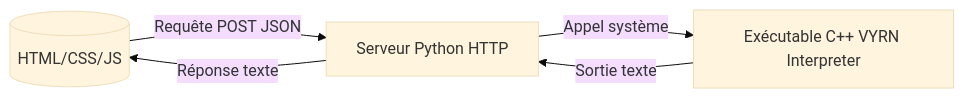
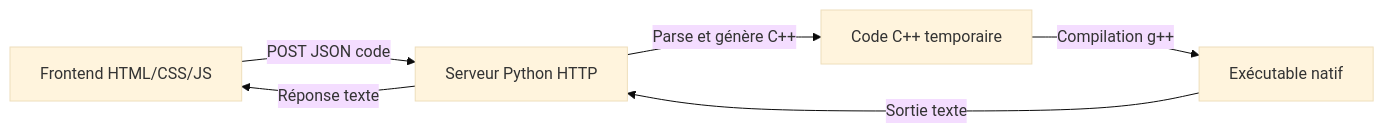
Before and after one commit to arthur10o/VYRN: the diagram in README.md, drawn with Mermaid (base theme). The commit also changed other lines of this file, not shown here.

````diff
--- a/README.md
+++ b/README.md
@@ -111,7 +131,8 @@
 ```mermaid
 graph LR 
-    A[(HTML/CSS/JS)] -->|Requête POST JSON| B[Serveur Python HTTP]
-    B -->|Appel système| C[Exécutable C++ VYRN Interpreter]
-    C -->|Sortie texte| B
+    A[Frontend HTML/CSS/JS] -->|POST JSON code| B[Serveur Python HTTP]
+    B -->|Parse et génère C++| C[Code C++ temporaire]
+    C -->|Compilation g++| D[Exécutable natif]
+    D -->|Sortie texte| B
     B -->|Réponse texte| A
 ```
````
